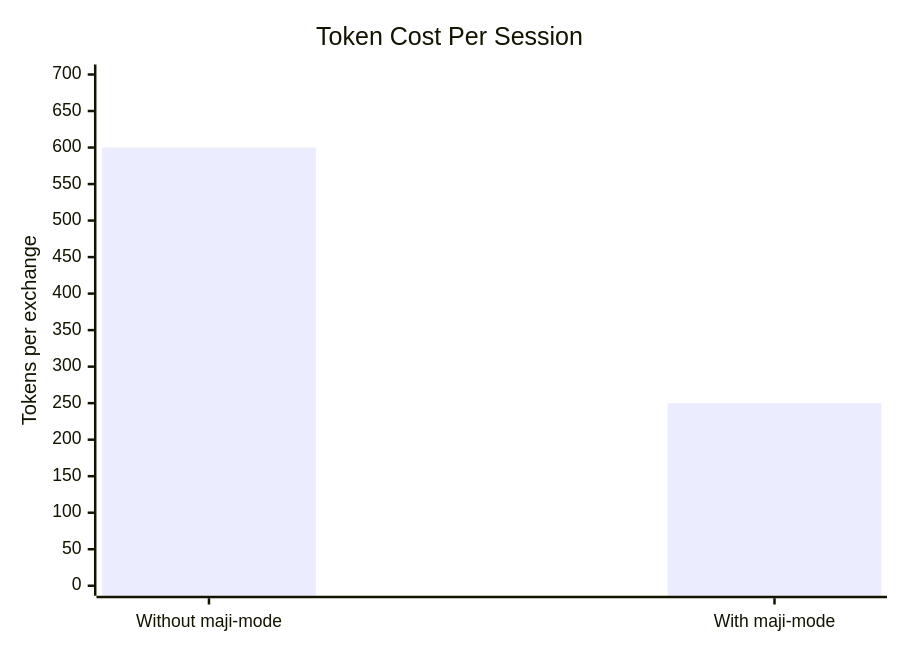
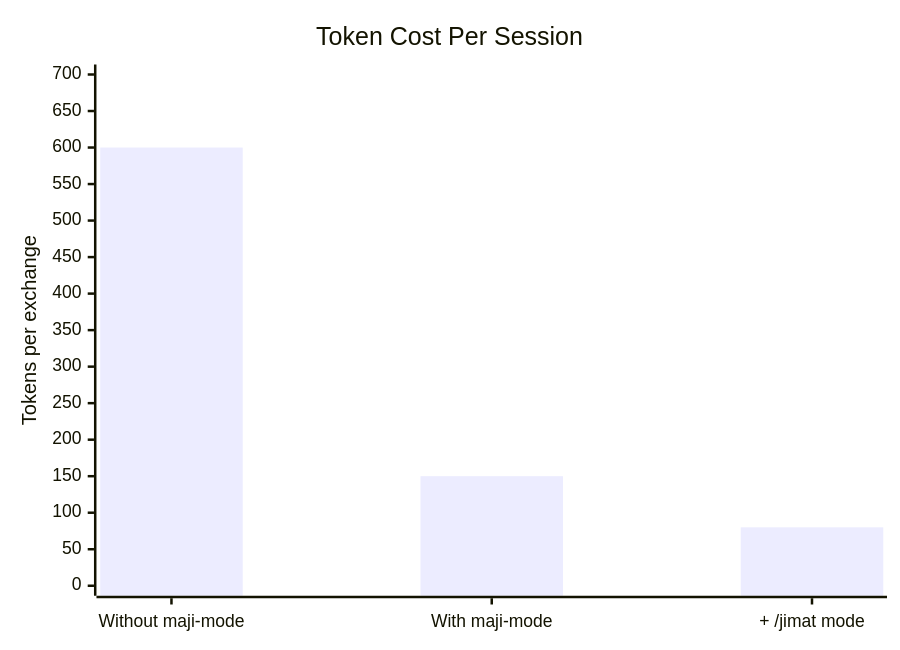
One commit to Ijam18/MAJI-Skills changed the fourth of 4 diagrams in README.md. Above: the diagram before and after it, drawn with Mermaid. The commit also changed other lines of this file and 1 other file, not shown here.

````diff
--- a/README.md
+++ b/README.md
@@ -249,7 +249,7 @@
 ```mermaid
 xychart-beta
     title "Token Cost Per Session"
-    x-axis ["Without maji-mode", "With maji-mode"]
+    x-axis ["Without maji-mode", "With maji-mode", "+ /jimat mode"]
     y-axis "Tokens per exchange" 0 --> 700
-    bar [600, 250]
+    bar [600, 150, 80]
 ```
````
